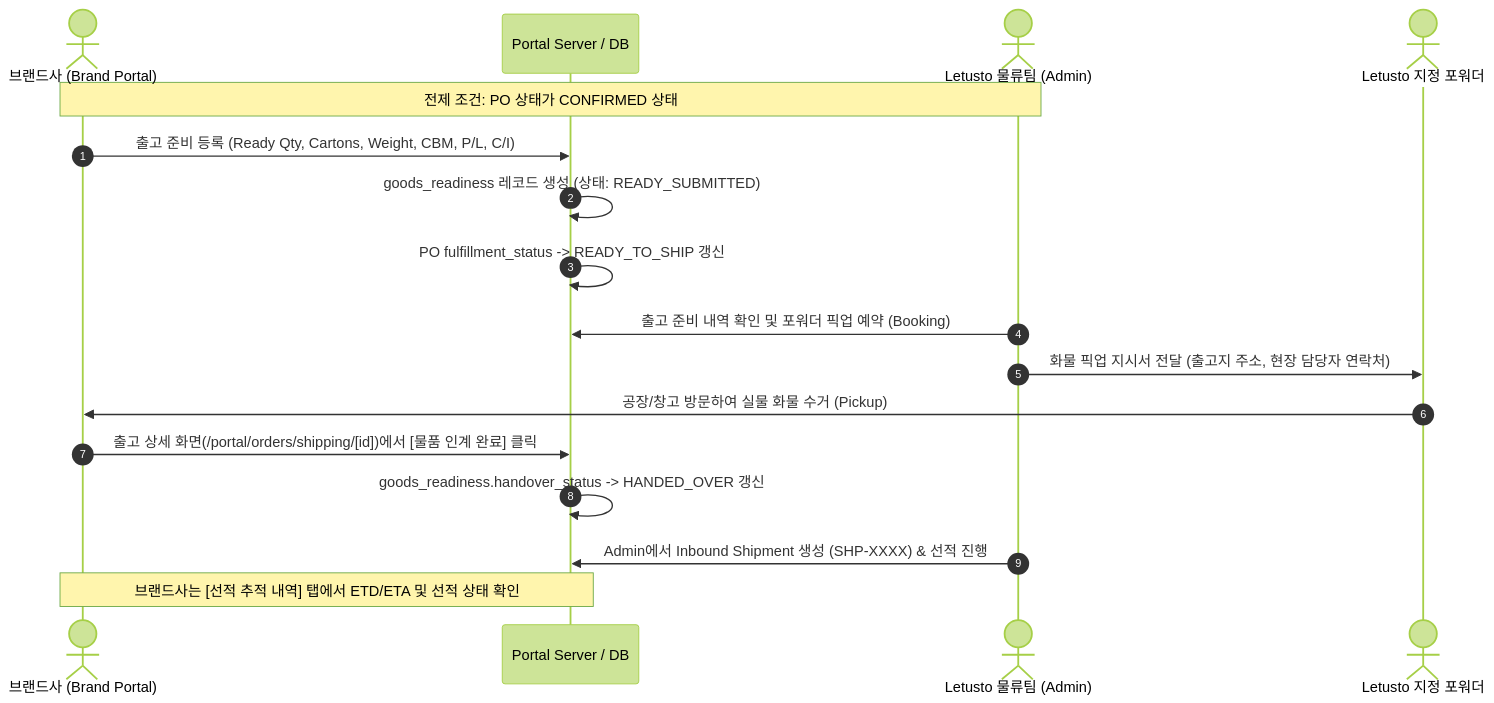
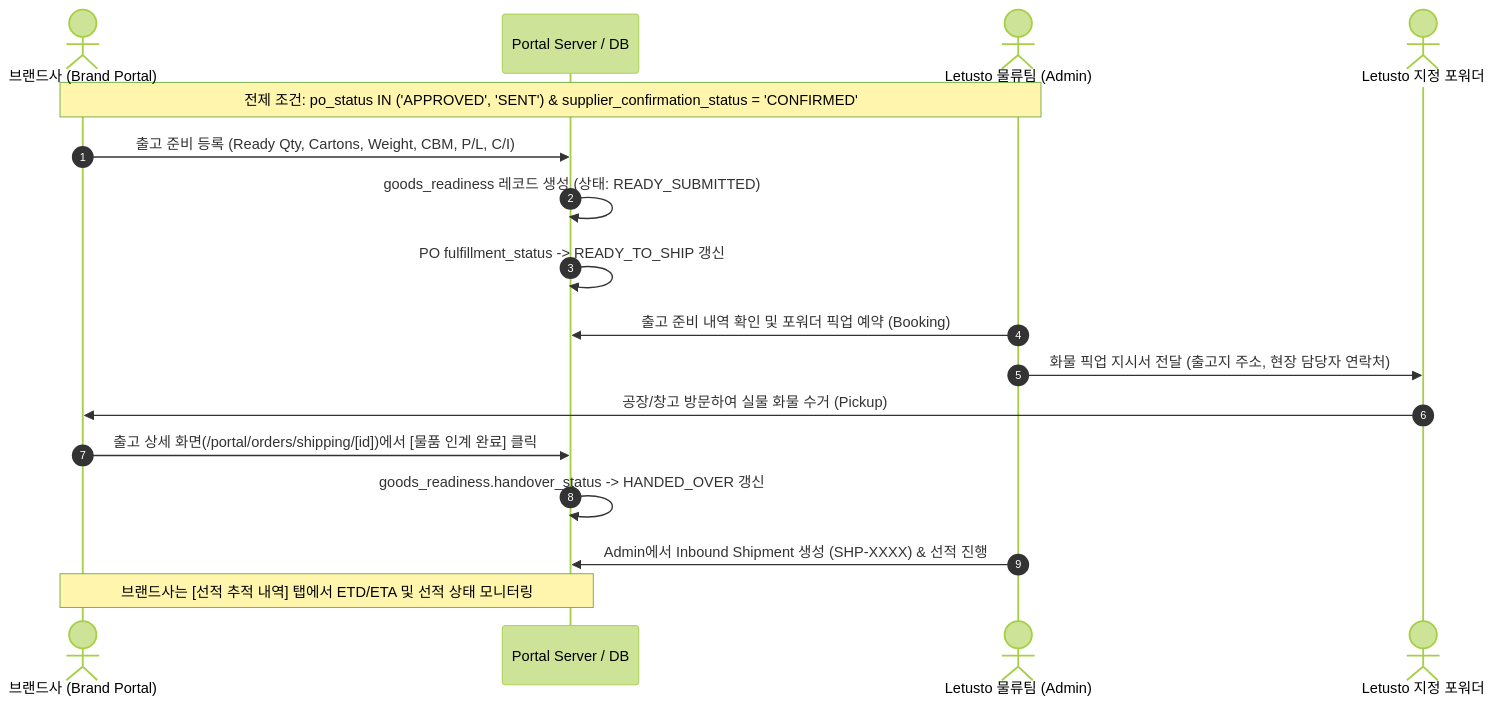
Before and after one commit to chaehahm-Kr/KBGP-Portal: the second of 7 diagrams in Manuals/MAN-B-LOG-001_Shipping-Logistics/01_SOURCE/MAN-B-LOG-001_Workflow_Map.md, drawn with Mermaid (forest theme). The commit also changed other lines of this file and 3 other files, not shown here.

````diff
--- a/Manuals/MAN-B-LOG-001_Shipping-Logistics/01_SOURCE/MAN-B-LOG-001_Workflow_Map.md
+++ b/Manuals/MAN-B-LOG-001_Shipping-Logistics/01_SOURCE/MAN-B-LOG-001_Workflow_Map.md
@@ -76,20 +80,20 @@
 ```mermaid
 sequenceDiagram
     autonumber
     actor Brand as 브랜드사 (Brand Portal)
     participant Portal as Portal Server / DB
     actor Letusto as Letusto 물류팀 (Admin)
     actor Forwarder as Letusto 지정 포워더
 
-    Note over Brand, Letusto: 전제 조건: PO 상태가 CONFIRMED 상태
+    Note over Brand, Letusto: 전제 조건: po_status IN ('APPROVED', 'SENT') & supplier_confirmation_status = 'CONFIRMED'
     Brand->>Portal: 출고 준비 등록 (Ready Qty, Cartons, Weight, CBM, P/L, C/I)
     Portal->>Portal: goods_readiness 레코드 생성 (상태: READY_SUBMITTED)
     Portal->>Portal: PO fulfillment_status -> READY_TO_SHIP 갱신
     Letusto->>Portal: 출고 준비 내역 확인 및 포워더 픽업 예약 (Booking)
     Letusto->>Forwarder: 화물 픽업 지시서 전달 (출고지 주소, 현장 담당자 연락처)
     Forwarder->>Brand: 공장/창고 방문하여 실물 화물 수거 (Pickup)
     Brand->>Portal: 출고 상세 화면(/portal/orders/shipping/[id])에서 [물품 인계 완료] 클릭
     Portal->>Portal: goods_readiness.handover_status -> HANDED_OVER 갱신
     Letusto->>Portal: Admin에서 Inbound Shipment 생성 (SHP-XXXX) & 선적 진행
-    Note over Brand, Portal: 브랜드사는 [선적 추적 내역] 탭에서 ETD/ETA 및 선적 상태 확인
+    Note over Brand, Portal: 브랜드사는 [선적 추적 내역] 탭에서 ETD/ETA 및 선적 상태 모니터링
 ```
````
